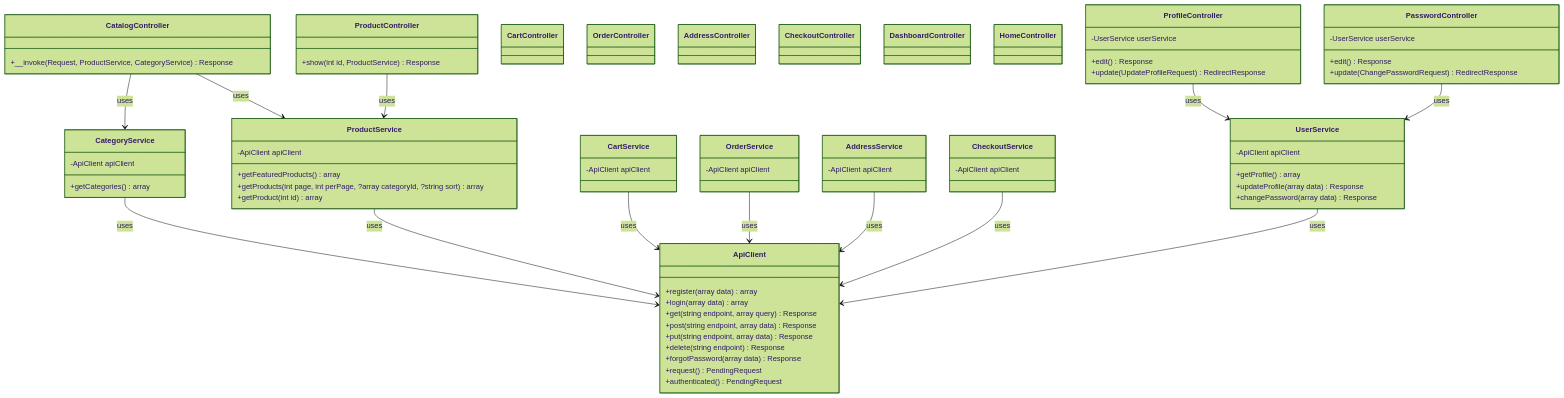
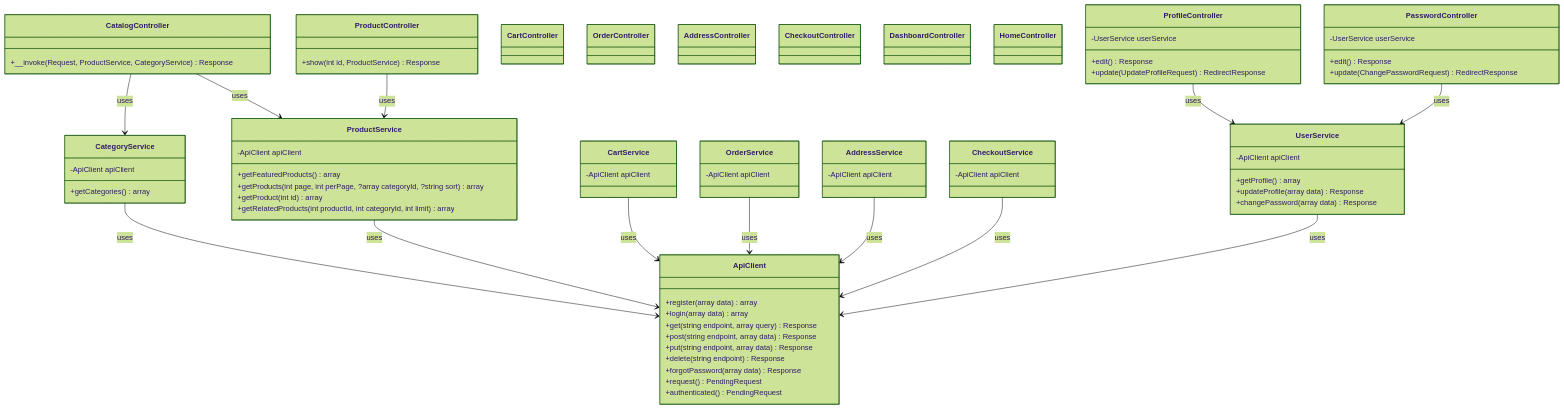
The diagram in uml/entities.mmd (ikonoverde/b2b-mobile), drawn with Mermaid (forest theme) before and after one commit. The commit also changed 7 other files, not shown here.

First line of the commit message:
Implement related products on product detail page (GitHub Issue #7)

```diff
--- a/uml/entities.mmd
+++ b/uml/entities.mmd
@@ -1,99 +1,100 @@
 classDiagram
     class ApiClient {
         +register(array data) array
         +login(array data) array
         +get(string endpoint, array query) Response
         +post(string endpoint, array data) Response
         +put(string endpoint, array data) Response
         +delete(string endpoint) Response
         +forgotPassword(array data) Response
         +request() PendingRequest
         +authenticated() PendingRequest
     }
 
     class CategoryService {
         -ApiClient apiClient
         +getCategories() array
     }
 
     class ProductService {
         -ApiClient apiClient
         +getFeaturedProducts() array
         +getProducts(int page, int perPage, ?array categoryId, ?string sort) array
         +getProduct(int id) array
+        +getRelatedProducts(int productId, int categoryId, int limit) array
     }
 
     class CartService {
         -ApiClient apiClient
     }
 
     class OrderService {
         -ApiClient apiClient
     }
 
     class AddressService {
         -ApiClient apiClient
     }
 
     class CheckoutService {
         -ApiClient apiClient
     }
 
     class UserService {
         -ApiClient apiClient
         +getProfile() array
         +updateProfile(array data) Response
         +changePassword(array data) Response
     }
 
     class CatalogController {
         +__invoke(Request, ProductService, CategoryService) Response
     }
 
     class ProductController {
         +show(int id, ProductService) Response
     }
 
     class CartController {
     }
 
     class OrderController {
     }
 
     class AddressController {
     }
 
     class CheckoutController {
     }
 
     class DashboardController {
     }
 
     class HomeController {
     }
 
     class ProfileController {
         -UserService userService
         +edit() Response
         +update(UpdateProfileRequest) RedirectResponse
     }
 
     class PasswordController {
         -UserService userService
         +edit() Response
         +update(ChangePasswordRequest) RedirectResponse
     }
 
     CategoryService --> ApiClient : uses
     ProductService --> ApiClient : uses
     CartService --> ApiClient : uses
     OrderService --> ApiClient : uses
     AddressService --> ApiClient : uses
     CheckoutService --> ApiClient : uses
     UserService --> ApiClient : uses
 
     CatalogController --> ProductService : uses
     CatalogController --> CategoryService : uses
     ProductController --> ProductService : uses
     ProfileController --> UserService : uses
     PasswordController --> UserService : uses
```
